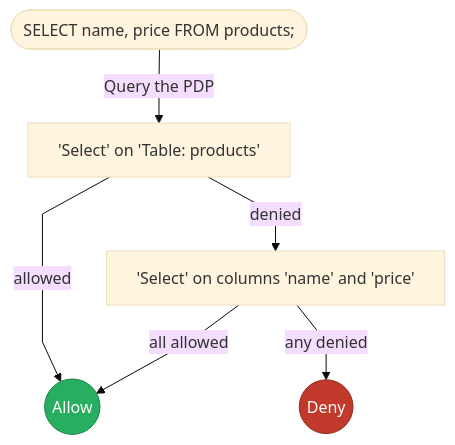
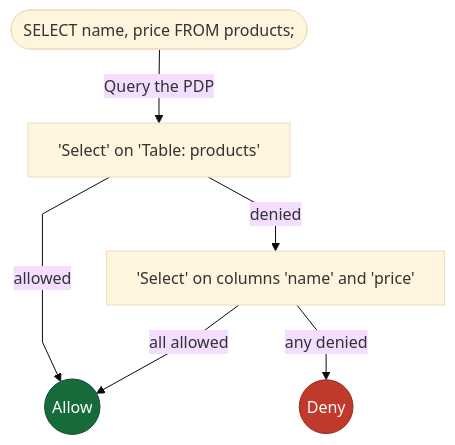
Before and after one commit to permitio/docs: the first of 2 diagrams in docs/integrations/database-access-control/trino-integration.mdx, drawn with Mermaid. The commit also changed 3 other files, not shown here.

First line of the commit message:
fix(a11y): AA colours in diagram labels and inline spans

````diff
--- a/docs/integrations/database-access-control/trino-integration.mdx
+++ b/docs/integrations/database-access-control/trino-integration.mdx
@@ -77,28 +77,28 @@
 ```mermaid
 %%{
   init: {
     "theme": "base",
     "themeVariables": { "wrap": "false" },
     "flowchart": {
       "curve": "linear",
       "markdownAutoWrap":"false",
       "wrappingWidth": "600"
     }
   }
 }%%
 flowchart TD
     Query([SELECT name, price FROM products;])
     TableCheck["'Select' on 'Table: products'"]
     ColumnsCheck["'Select' on columns 'name' and 'price'"]
     Allow((Allow))
     Deny((Deny))
 
     Query -- Query the PDP --> TableCheck
     TableCheck -- allowed --> Allow
     TableCheck -- denied --> ColumnsCheck
     ColumnsCheck -- all allowed --> Allow
     ColumnsCheck -- any denied --> Deny
 
-    style Allow fill:#27ae60,color:#fff,stroke:#1e8449
+    style Allow fill:#176b3a,color:#fff,stroke:#0f4d29
     style Deny fill:#c0392b,color:#fff,stroke:#922b21
 ```
````
